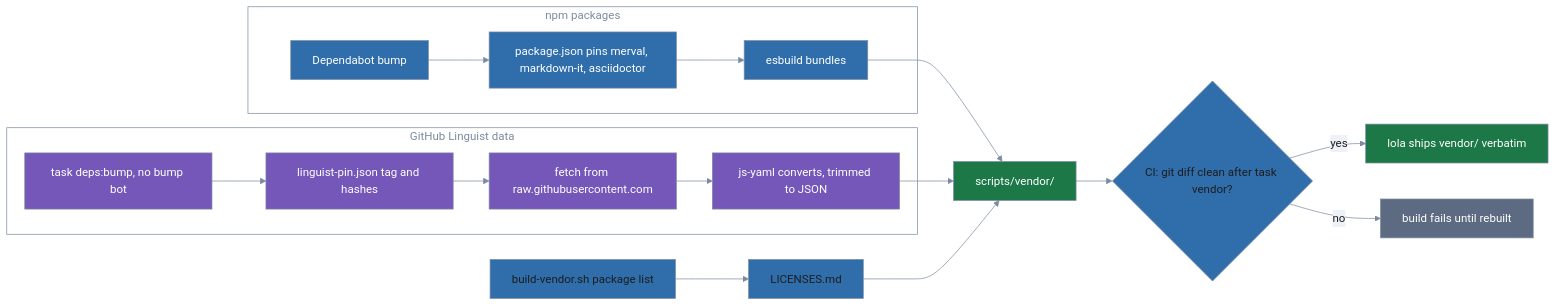
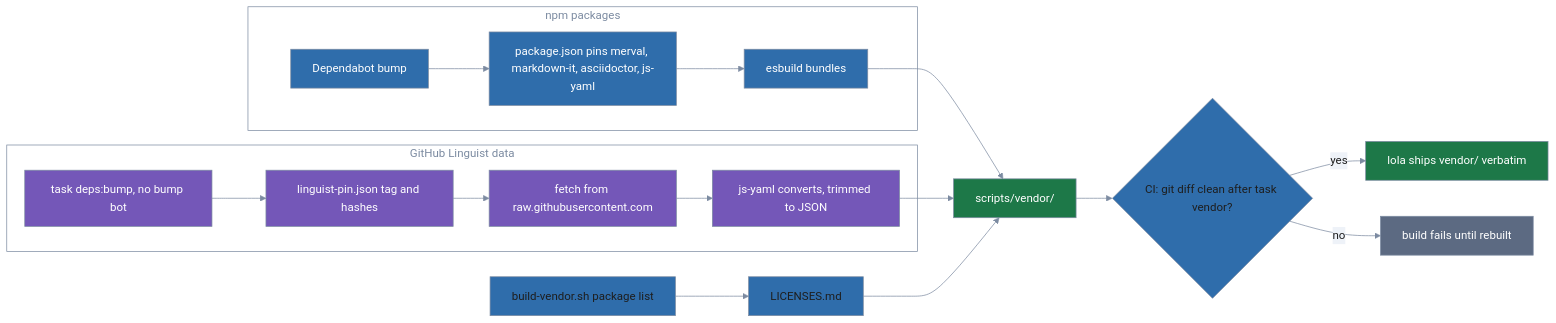
One commit to lolables/lola-mod-project-docs changed the diagram in docs/dev/vendoring.md. Above: the diagram before and after it, drawn with Mermaid. The commit also changed other lines of this file and 64 other files, not shown here.

````diff
--- a/docs/dev/vendoring.md
+++ b/docs/dev/vendoring.md
@@ -7,43 +7,43 @@
 ```mermaid
 %%{init: {'theme': 'base', 'themeVariables': {
   'primaryColor': '#2f6dab',
   'primaryTextColor': '#1e1e1e',
   'primaryBorderColor': '#7c8ba1',
   'lineColor': '#7c8ba1',
   'edgeLabelBackground': '#eef2f8',
   'tertiaryColor': 'transparent',
   'tertiaryTextColor': '#7c8ba1',
   'tertiaryBorderColor': '#7c8ba1',
   'clusterBkg': 'transparent',
   'clusterBorder': '#7c8ba1',
   'titleColor': '#7c8ba1',
   'noteBkgColor': '#eef2f8',
   'noteTextColor': '#1e1e1e',
   'fontFamily': 'system-ui, sans-serif'
 }, 'themeCSS': '.node .nodeLabel{color:#ffffff!important;fill:#ffffff!important;}'}}%%
 flowchart LR
   subgraph npmpath["npm packages"]
-    Bot["Dependabot bump"] --> Pkg["package.json pins merval, markdown-it, asciidoctor"]
+    Bot["Dependabot bump"] --> Pkg["package.json pins merval, markdown-it, asciidoctor, js-yaml"]
     Pkg --> Esb["esbuild bundles"]
   end
   subgraph lingpath["GitHub Linguist data"]
     Hand["task deps:bump, no bump bot"] --> Pin["linguist-pin.json tag and hashes"]
     Pin --> Raw["fetch from raw.githubusercontent.com"]
     Raw --> Yaml["js-yaml converts, trimmed to JSON"]
   end
   List["build-vendor.sh package list"] --> Lic["LICENSES.md"]
   Esb --> Vendor["scripts/vendor/"]
   Yaml --> Vendor
   Lic --> Vendor
   Vendor --> CI{"CI: git diff clean after task vendor?"}
   CI -->|yes| Ship["lola ships vendor/ verbatim"]
   CI -->|no| Red["build fails until rebuilt"]
   classDef sysA fill:#2f6dab,color:#ffffff,stroke:#7c8ba1
   classDef sysB fill:#1d7848,color:#ffffff,stroke:#7c8ba1
   classDef sysC fill:#7457b8,color:#ffffff,stroke:#7c8ba1
   classDef sysF fill:#5c6a82,color:#ffffff,stroke:#7c8ba1
   class Bot,Pkg,Esb sysA
   class Hand,Pin,Raw,Yaml sysC
   class Vendor,Ship sysB
   class Red sysF
 ```
````
